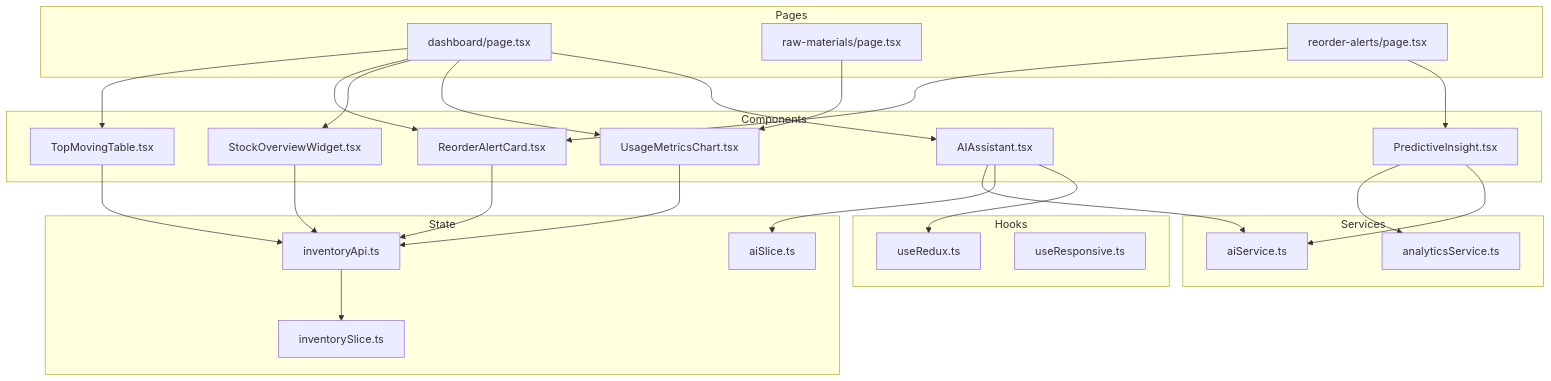
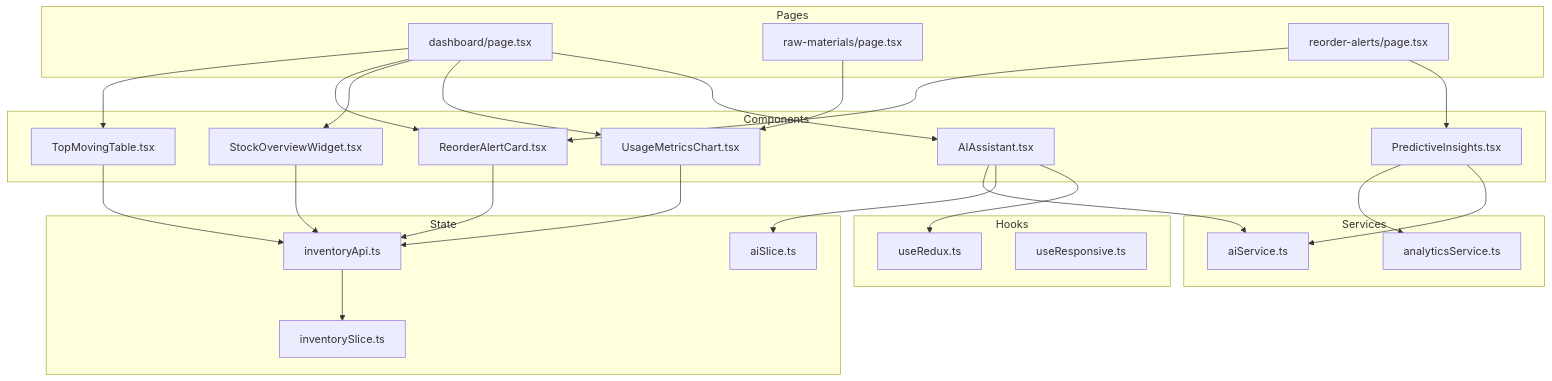
Before and after one commit to cacamarica/dashboard-ai: the first of 9 diagrams in .qoder/repowiki/en/content/UI Components/UI Components.md, drawn with Mermaid. The commit also changed other lines of this file and 14 other files, not shown here.

````diff
--- a/.qoder/repowiki/en/content/UI Components/UI Components.md
+++ b/.qoder/repowiki/en/content/UI Components/UI Components.md
@@ -47,47 +57,47 @@
 ```mermaid
 graph TB
 subgraph "Components"
 TM["TopMovingTable.tsx"]
 RAC["ReorderAlertCard.tsx"]
 SOW["StockOverviewWidget.tsx"]
 UMC["UsageMetricsChart.tsx"]
 AA["AIAssistant.tsx"]
-PI["PredictiveInsight.tsx"]
+PI["PredictiveInsights.tsx"]
 end
 subgraph "State"
 IA["inventoryApi.ts"]
 IS["inventorySlice.ts"]
 AS["aiSlice.ts"]
 end
 subgraph "Services"
 AIS["aiService.ts"]
 ANS["analyticsService.ts"]
 end
 subgraph "Hooks"
 UR["useRedux.ts"]
 RESP["useResponsive.ts"]
 end
 subgraph "Pages"
 DASH["dashboard/page.tsx"]
 RAW["raw-materials/page.tsx"]
 REORD["reorder-alerts/page.tsx"]
 end
 DASH --> TM
 DASH --> RAC
 DASH --> SOW
 DASH --> UMC
 DASH --> AA
 REORD --> RAC
 REORD --> PI
 RAW --> UMC
 TM --> IA
 RAC --> IA
 SOW --> IA
 UMC --> IA
 AA --> AIS
 AA --> AS
 AA --> UR
 PI --> ANS
 PI --> AIS
 IA --> IS
 ```
````
